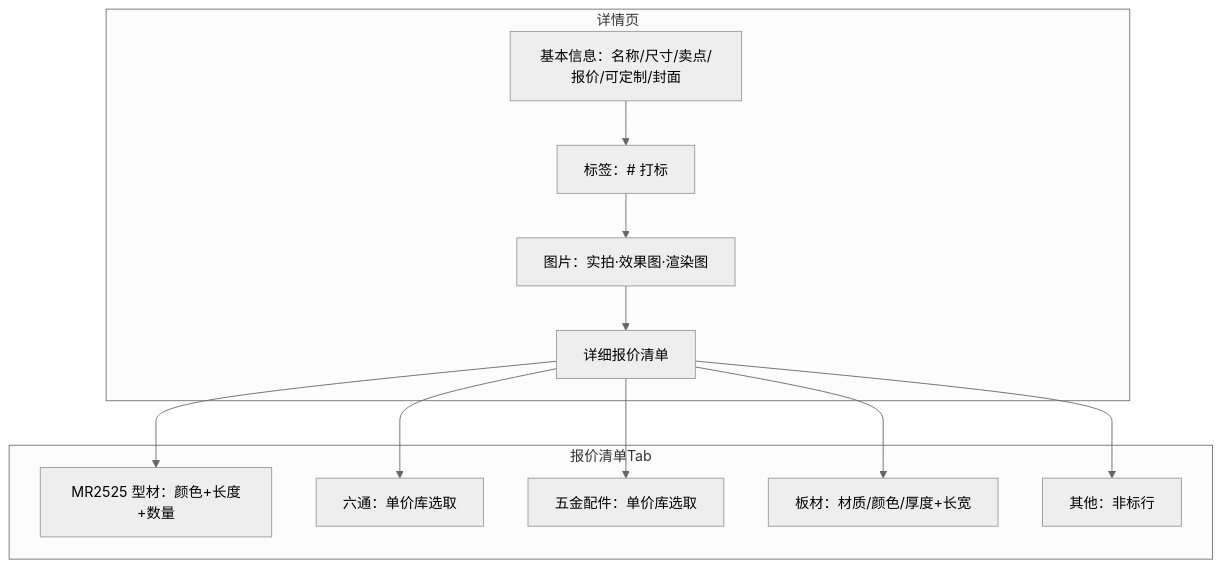
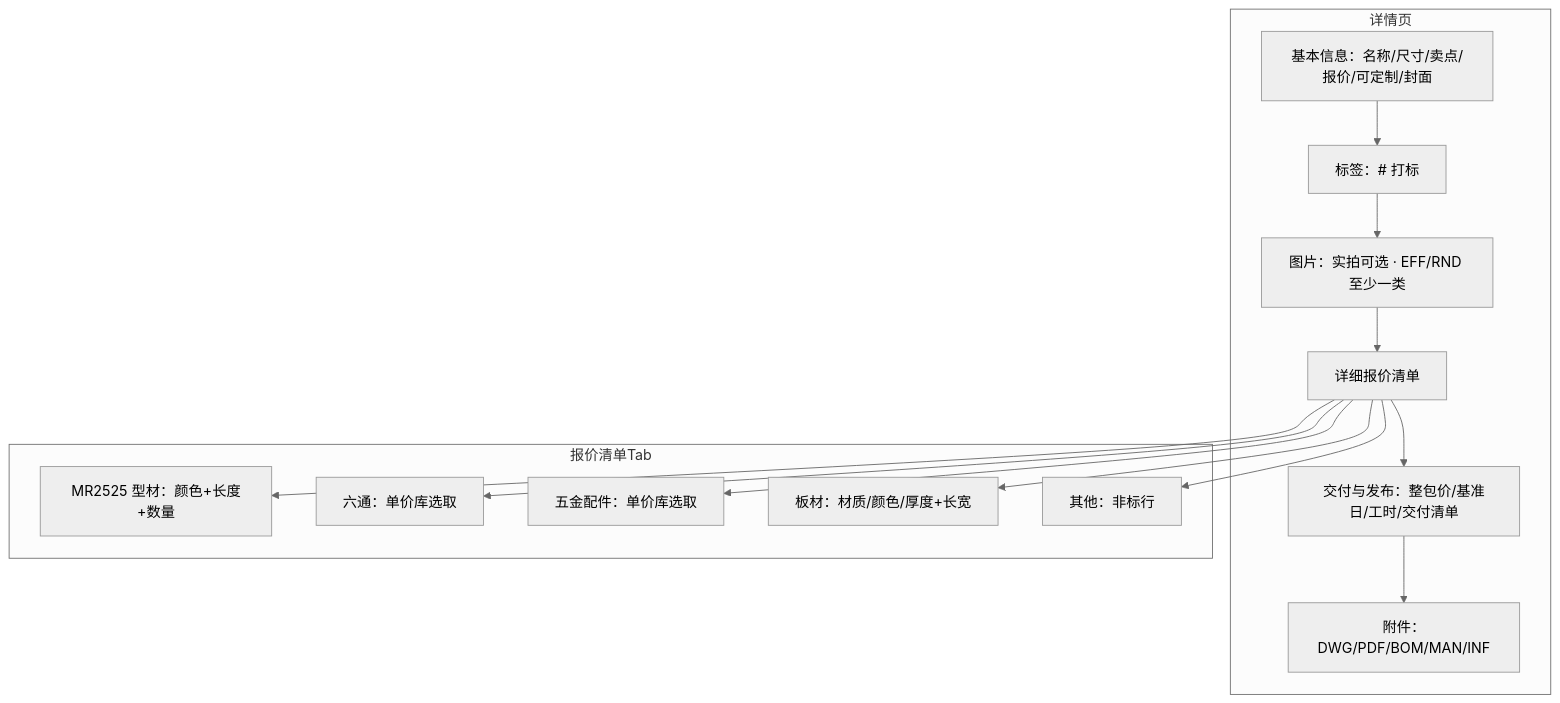
Before and after one commit to raintea223-art/Parti-MR2525: the fourth of 11 diagrams in docs/WORKFLOW.md, drawn with Mermaid (neutral theme). The commit also changed other lines of this file and 22 other files, not shown here.

````diff
--- a/docs/WORKFLOW.md
+++ b/docs/WORKFLOW.md
@@ -102,18 +104,20 @@
 ```mermaid
 flowchart TB
     subgraph 详情页
         B1[基本信息：名称/尺寸/卖点/报价/可定制/封面]
         B2[标签：# 打标]
-        B3[图片：实拍·效果图·渲染图]
+        B3[图片：实拍可选 · EFF/RND 至少一类]
         B4[详细报价清单]
+        B5[交付与发布：整包价/基准日/工时/交付清单]
+        B6[附件：DWG/PDF/BOM/MAN/INF]
     end
     subgraph 报价清单Tab
         T1[MR2525 型材：颜色+长度+数量]
         T2[六通：单价库选取]
         T3[五金配件：单价库选取]
         T4[板材：材质/颜色/厚度+长宽]
         T5[其他：非标行]
     end
     B4 --> T1 & T2 & T3 & T4 & T5
-    B1 --> B2 --> B3 --> B4
+    B1 --> B2 --> B3 --> B4 --> B5 --> B6
 ```
````
